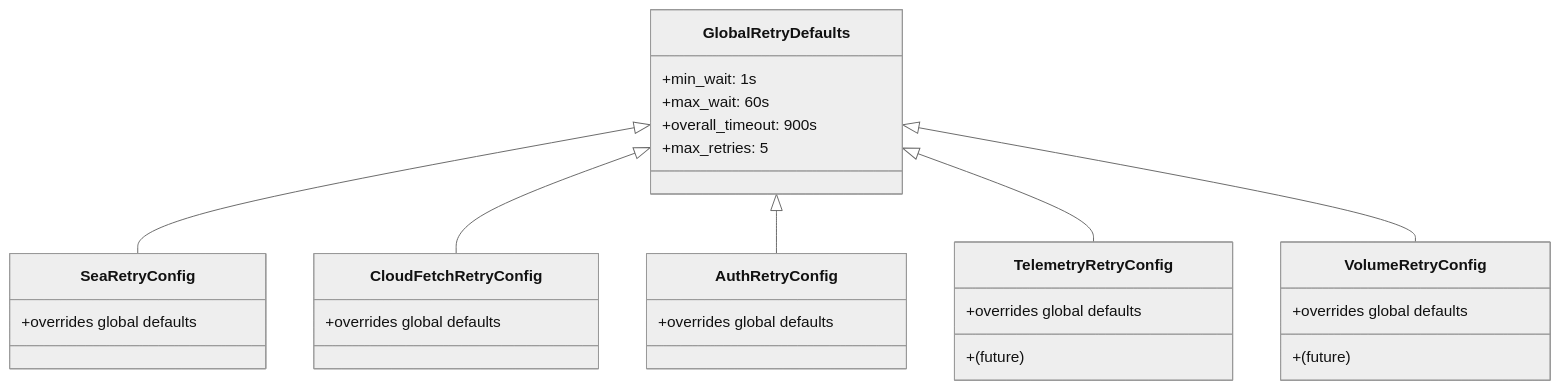
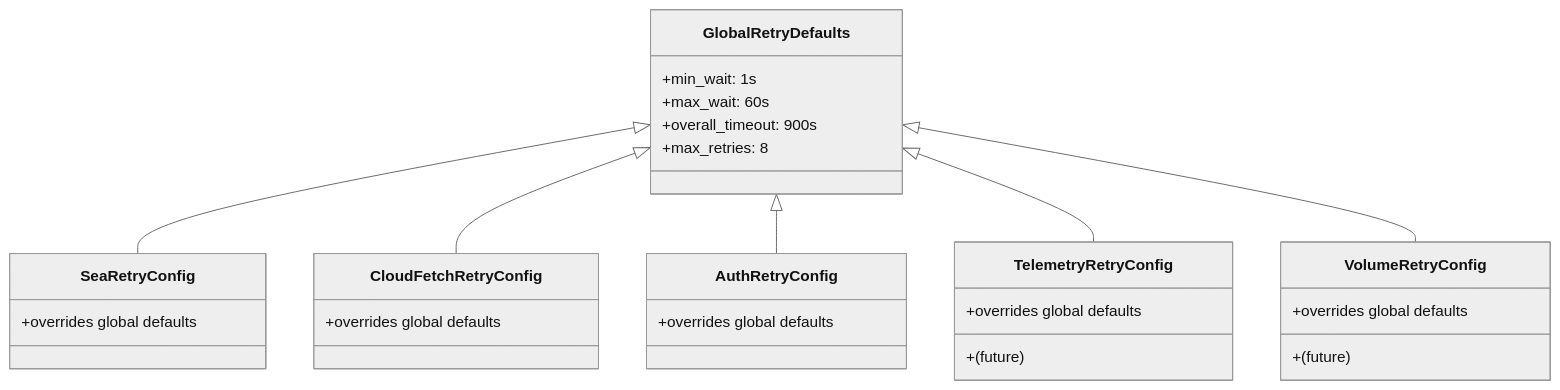
One commit to databricks/databricks-sql-kernel changed the third of 4 diagrams in docs/designs/PECOBLR-2091-retry-logic-design.md. Above: the diagram before and after it, drawn with Mermaid (neutral theme). The commit also changed other lines of this file and 10 other files, not shown here.

````diff
--- a/docs/designs/PECOBLR-2091-retry-logic-design.md
+++ b/docs/designs/PECOBLR-2091-retry-logic-design.md
@@ -383,37 +383,37 @@
 ```mermaid
 classDiagram
     class GlobalRetryDefaults {
         +min_wait: 1s
         +max_wait: 60s
         +overall_timeout: 900s
-        +max_retries: 5
+        +max_retries: 8
     }
 
     class SeaRetryConfig {
         +overrides global defaults
     }
 
     class CloudFetchRetryConfig {
         +overrides global defaults
     }
 
     class AuthRetryConfig {
         +overrides global defaults
     }
 
     class TelemetryRetryConfig {
         +overrides global defaults
         +(future)
     }
 
     class VolumeRetryConfig {
         +overrides global defaults
         +(future)
     }
 
     GlobalRetryDefaults <|-- SeaRetryConfig
     GlobalRetryDefaults <|-- CloudFetchRetryConfig
     GlobalRetryDefaults <|-- AuthRetryConfig
     GlobalRetryDefaults <|-- TelemetryRetryConfig
     GlobalRetryDefaults <|-- VolumeRetryConfig
 ```
````
